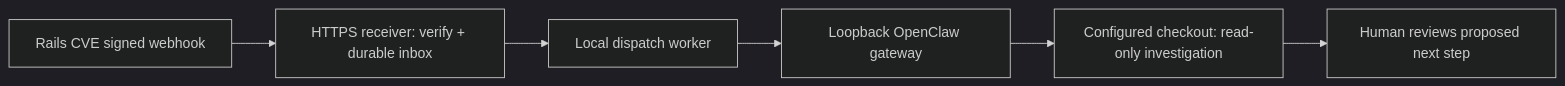
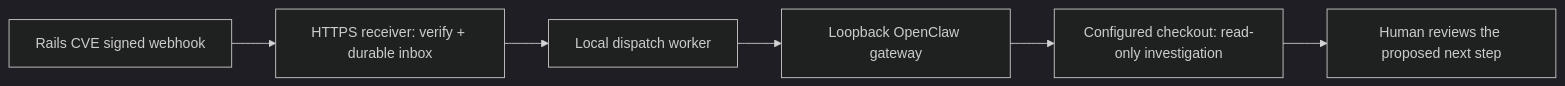
One commit to aviflombaum/rails-cve changed the diagram in docs/integrations/openclaw.md. Above: the diagram before and after it, drawn with Mermaid (dark theme). The commit also changed other lines of this file and 1 other file, not shown here.

````diff
--- a/docs/integrations/openclaw.md
+++ b/docs/integrations/openclaw.md
@@ -7,8 +9,8 @@
 ```mermaid
 flowchart LR
   R[Rails CVE signed webhook] --> V[HTTPS receiver: verify + durable inbox]
   V --> W[Local dispatch worker]
   W --> O[Loopback OpenClaw gateway]
   O --> C[Configured checkout: read-only investigation]
-  C --> H[Human reviews proposed next step]
+  C --> H[Human reviews the proposed next step]
 ```
````
